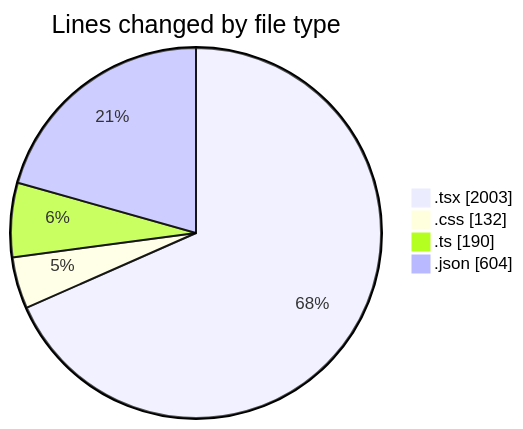
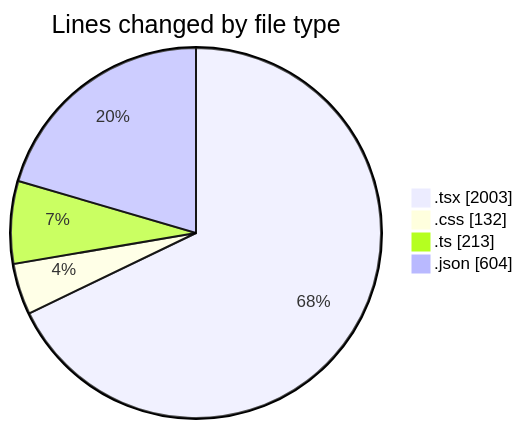
One commit to Elitesun/code-tracking changed the first of 2 diagrams in 2025-05-06/niten/README.md. Above: the diagram before and after it, drawn with Mermaid. The commit also changed other lines of this file and 1 other file, not shown here.

````diff
--- a/2025-05-06/niten/README.md
+++ b/2025-05-06/niten/README.md
@@ -53,8 +53,8 @@
 ```mermaid
 pie showData
 title Lines changed by file type
 ".tsx" : 2003
 ".css" : 132
-".ts" : 190
+".ts" : 213
 ".json" : 604
 ```
````
